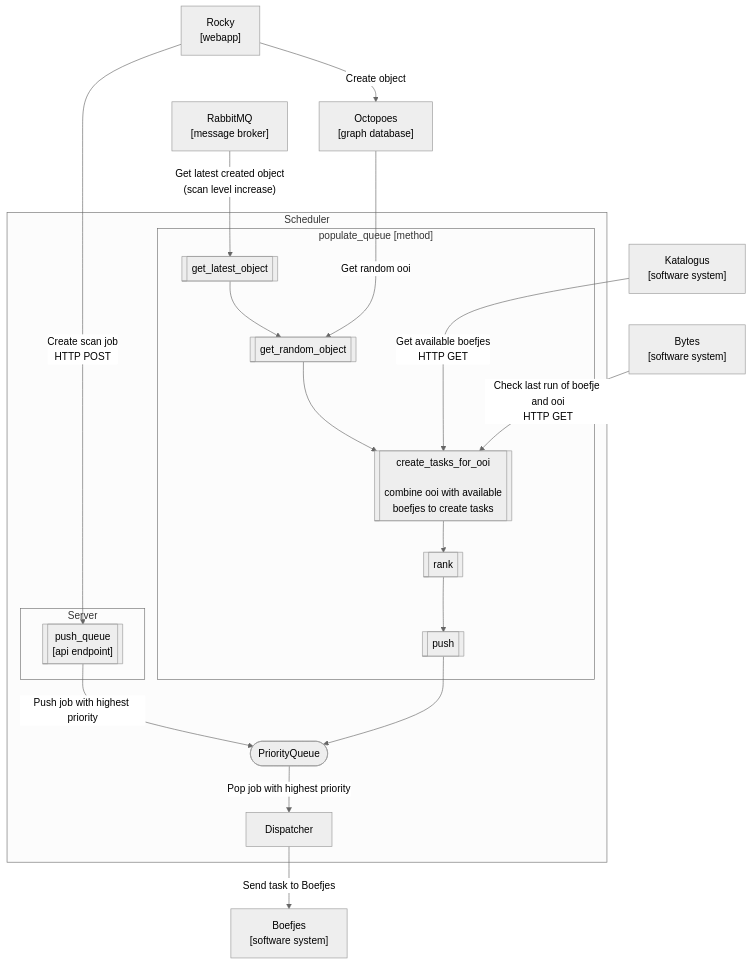
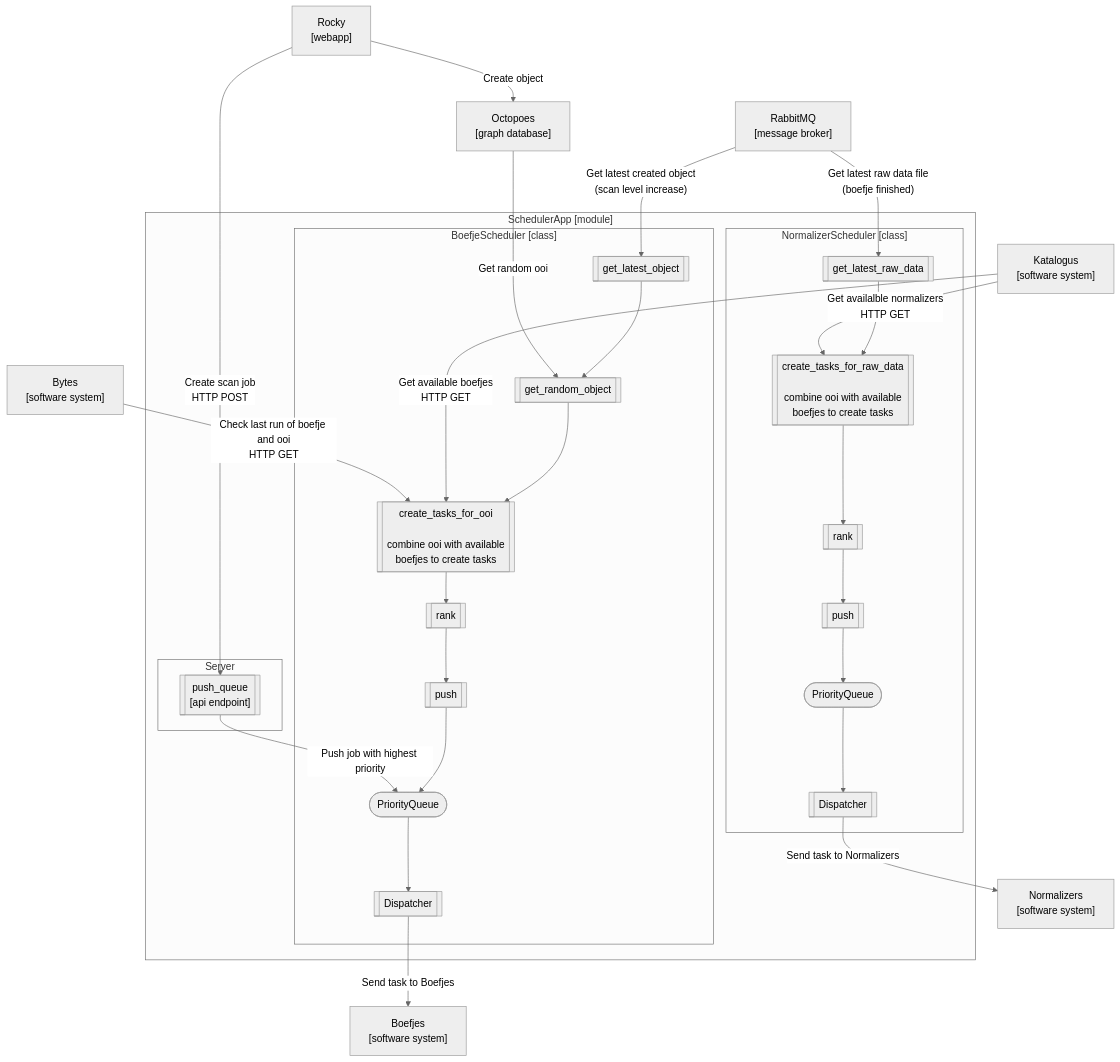
Before and after one commit to minvws/nl-kat-mula: the second of 3 diagrams in docs/design.md, drawn with Mermaid (neutral theme). The commit also changed other lines of this file and 1 other file, not shown here.

````diff
--- a/docs/design.md
+++ b/docs/design.md
@@ -70,46 +70,59 @@
 ```mermaid
 flowchart TB
     
     Rocky["Rocky<br/>[webapp]"]
     Octopoes["Octopoes<br/>[graph database]"]
     Katalogus["Katalogus<br/>[software system]"]
     Boefjes["Boefjes<br/>[software system]"]
+    Normalizers["Normalizers<br/>[software system]"]
     Bytes["Bytes<br/>[software system]"]
     RabbitMQ["RabbitMQ<br/>[message broker]"]
 
 
     Rocky--"Create object"-->Octopoes
     Rocky--"Create scan job<br/>HTTP POST"--->push_queue
     
+    Bytes--"Check last run of boefje and ooi<br/>HTTP GET"-->create_tasks_for_ooi
     Katalogus--"Get available boefjes<br/>HTTP GET"--->create_tasks_for_ooi
-    Bytes--"Check last run of boefje and ooi<br/>HTTP GET"-->create_tasks_for_ooi
+    Katalogus--"Get availalble normalizers<br/>HTTP GET"-->create_tasks_for_raw_data
     Octopoes--"Get random ooi"--->get_random_object
     RabbitMQ--"Get latest created object<br/>(scan level increase)"-->get_latest_object
+    RabbitMQ--"Get latest raw data file<br/>(boefje finished)"-->get_latest_raw_data
 
-    push_queue--"Push job with highest priority"-->PriorityQueue
-    PriorityQueue--"Pop job with highest priority"-->Dispatcher
-    Dispatcher--"Send task to Boefjes"-->Boefjes
+    push_queue--"Push job with highest priority"-->BoefjePriorityQueue
 
-    get_latest_object-->get_random_object-->create_tasks_for_ooi-->rank-->push-->PriorityQueue
+    BoefjeDispatcher--"Send task to Boefjes"-->Boefjes
+    NormalizerDispatcher--"Send task to Normalizers"-->Normalizers
 
-    subgraph Scheduler
+    get_latest_object-->get_random_object-->create_tasks_for_ooi-->rank_boefje-->push_boefje-->BoefjePriorityQueue-->BoefjeDispatcher
 
-        subgraph populate_queue["populate_queue [method]"]
+    get_latest_raw_data-->create_tasks_for_raw_data-->rank_normalizer-->push_normalizer-->NormalizerPriorityQueue-->NormalizerDispatcher
+
+    subgraph Scheduler["SchedulerApp [module]"]
+
+        subgraph BoefjeScheduler["BoefjeScheduler [class]"]
             get_latest_object[["get_latest_object"]]
             get_random_object[["get_random_object"]]
             create_tasks_for_ooi[["create_tasks_for_ooi<br/><br/>combine ooi with available <br/>boefjes to create tasks"]]
-            rank[["rank"]]
-            push[["push"]]
+            rank_boefje[["rank"]]
+            push_boefje[["push"]]
+            BoefjePriorityQueue(["PriorityQueue"])
+            BoefjeDispatcher[["Dispatcher"]]
+        end
+
+        subgraph NormalizerScheduler["NormalizerScheduler [class]"]
+            get_latest_raw_data[["get_latest_raw_data"]]
+            create_tasks_for_raw_data[["create_tasks_for_raw_data<br/><br/>combine ooi with available <br/>boefjes to create tasks"]]
+            rank_normalizer[["rank"]]
+            push_normalizer[["push"]]
+            NormalizerPriorityQueue(["PriorityQueue"])
+            NormalizerDispatcher[["Dispatcher"]]
         end
 
         subgraph Server
             push_queue[["push_queue<br/>[api endpoint]"]]
         end
 
-        Dispatcher
-
-        PriorityQueue(["PriorityQueue"])
-
     end
 
 ```
````
